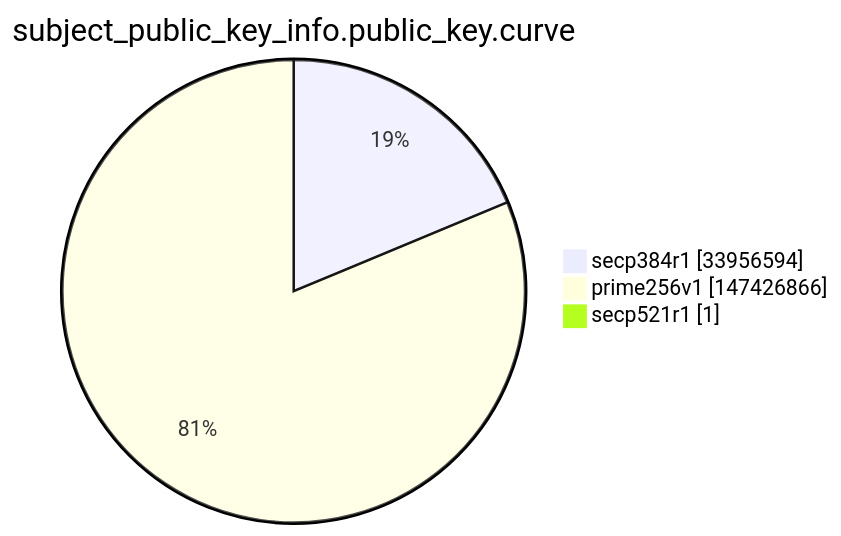
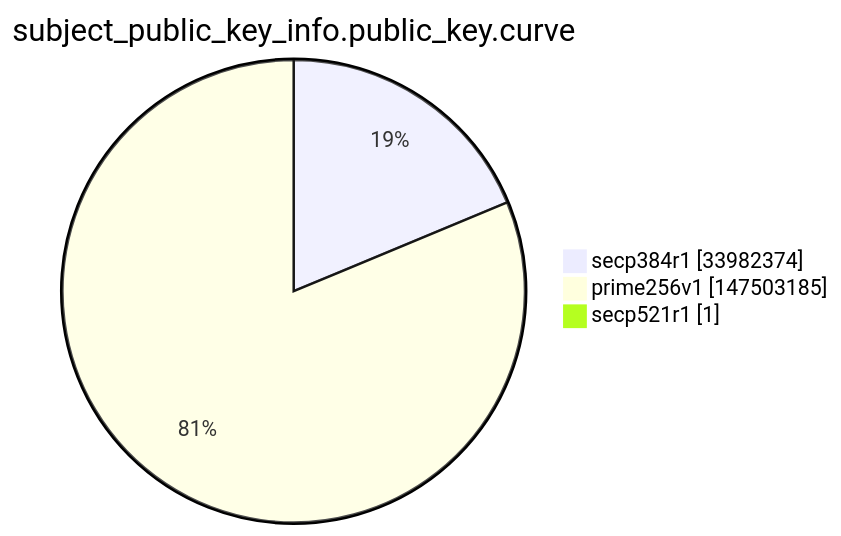
The ninth of 15 diagrams in argon2022/README.md (christiankrug/ctmonitor_visualization), drawn with Mermaid before and after one commit. The commit also changed other lines of this file, not shown here.

````diff
--- a/argon2022/README.md
+++ b/argon2022/README.md
@@ -2764,7 +2764,7 @@
 ```mermaid
 pie showData
 title subject_public_key_info.public_key.curve
-"secp384r1" :33956594
-"prime256v1" :147426866
+"secp384r1" :33982374
+"prime256v1" :147503185
 "secp521r1" :1
 ```
````
